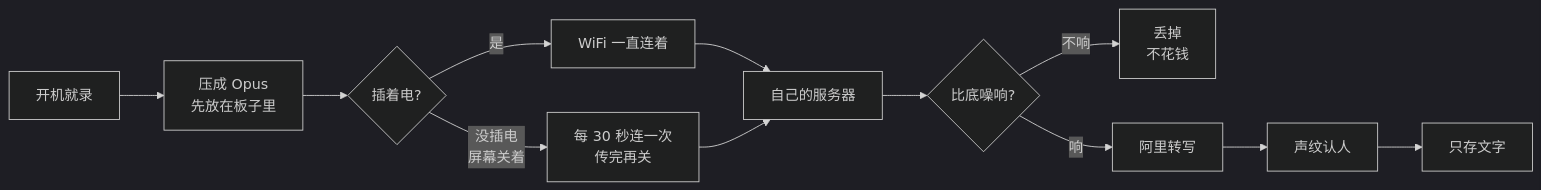
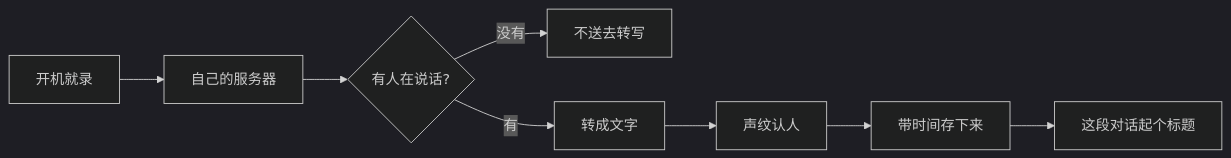
Before and after one commit to Dyrespect/voicelog: the first of 2 diagrams in README.md, drawn with Mermaid (dark theme). The commit also changed other lines of this file, not shown here.

````diff
--- a/README.md
+++ b/README.md
@@ -15,14 +26,10 @@
 ```mermaid
 flowchart LR
-  A[开机就录] --> B[压成 Opus<br/>先放在板子里]
-  B --> C{插着电?}
-  C -->|是| D[WiFi 一直连着]
-  C -->|没插电<br/>屏幕关着| E[每 30 秒连一次<br/>传完再关]
-  D --> F[自己的服务器]
-  E --> F
-  F --> G{比底噪响?}
-  G -->|不响| H[丢掉<br/>不花钱]
-  G -->|响| I[阿里转写]
-  I --> J[声纹认人]
-  J --> K[只存文字]
+  A[开机就录] --> B[自己的服务器]
+  B --> C{有人在说话?}
+  C -->|没有| D[不送去转写]
+  C -->|有| E[转成文字]
+  E --> F[声纹认人]
+  F --> G[带时间存下来]
+  G --> H[这段对话起个标题]
 ```
````
